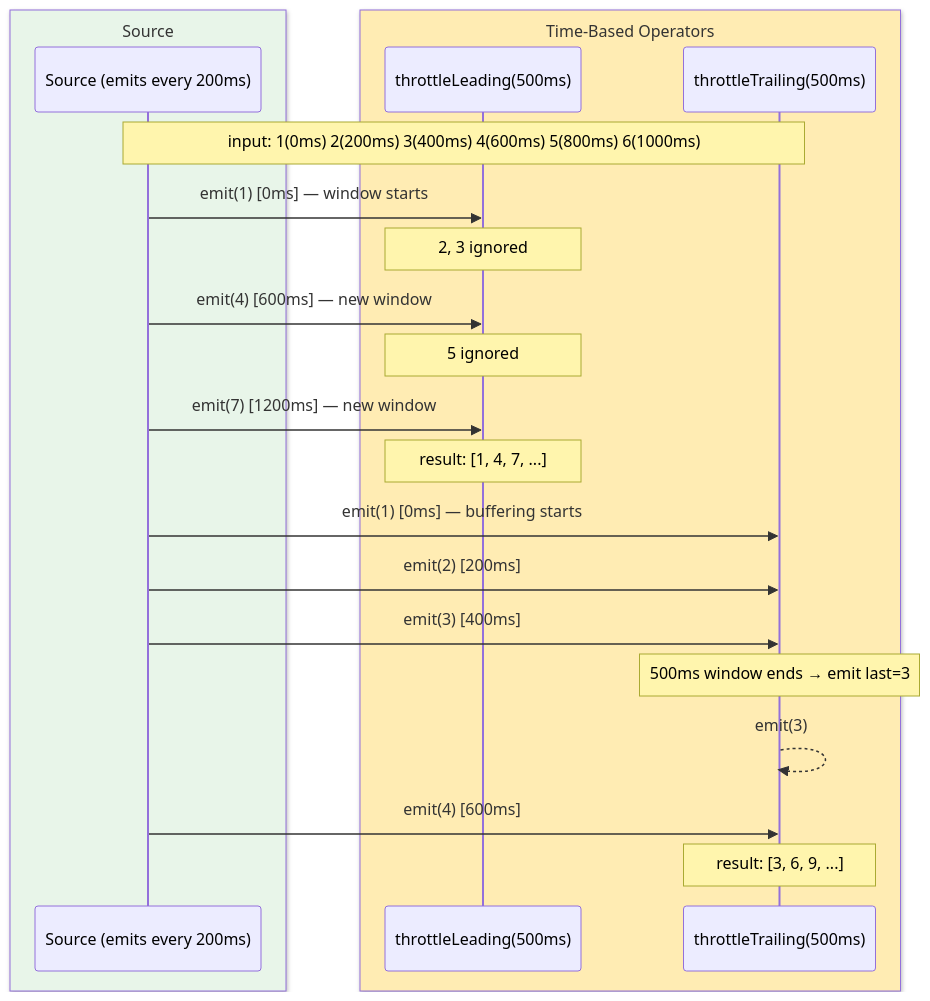
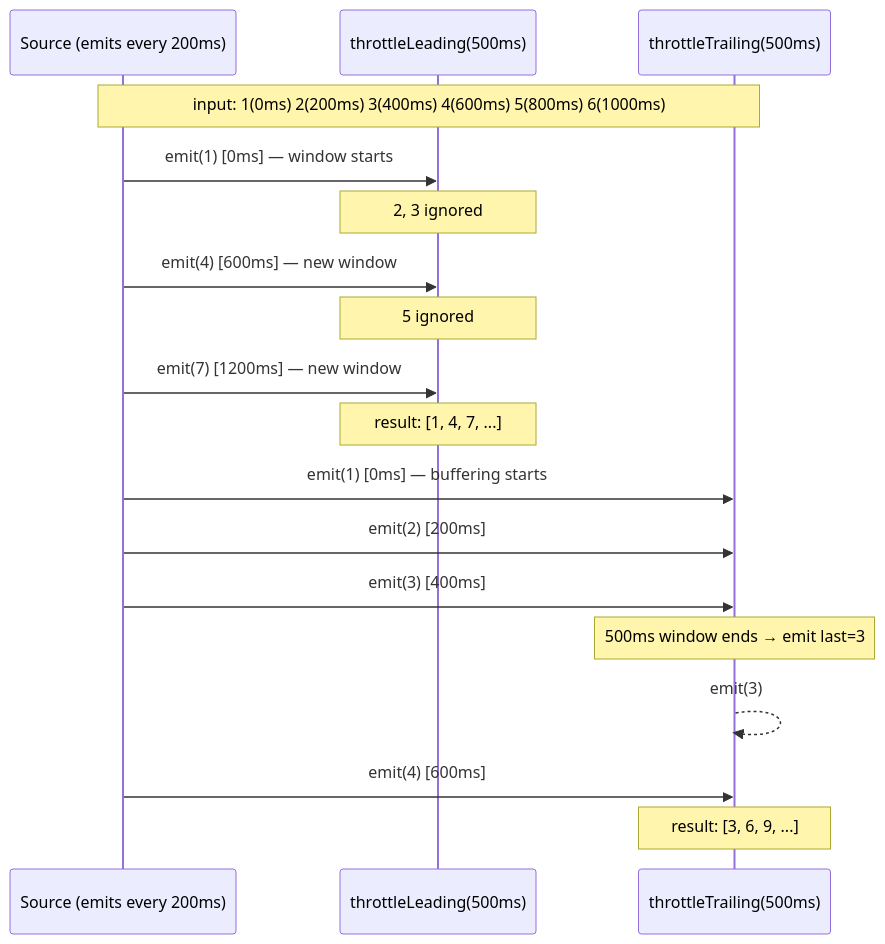
Before and after one commit to bluetape4k/bluetape4k-projects: diagram 11 of 16 in bluetape4k/coroutines/README.md, drawn with Mermaid. The commit also changed other lines of this file and 219 other files, not shown here.

First line of the commit message:
docs: 전체 README Mermaid 다이어그램 가이드 적용

````diff
--- a/bluetape4k/coroutines/README.md
+++ b/bluetape4k/coroutines/README.md
@@ -567,24 +527,20 @@
 ```mermaid
 sequenceDiagram
-    box rgb(232, 245, 233) Source
         participant S as Source (emits every 200ms)
-    end
-    box rgb(255, 236, 179) Time-Based Operators
         participant TL as throttleLeading(500ms)
         participant TT as throttleTrailing(500ms)
-    end
     Note over S, TT: input: 1(0ms) 2(200ms) 3(400ms) 4(600ms) 5(800ms) 6(1000ms)
     S ->> TL: emit(1) [0ms] — window starts
     Note over TL: 2, 3 ignored
     S ->> TL: emit(4) [600ms] — new window
     Note over TL: 5 ignored
     S ->> TL: emit(7) [1200ms] — new window
     Note over TL: result: [1, 4, 7, ...]
     S ->> TT: emit(1) [0ms] — buffering starts
     S ->> TT: emit(2) [200ms]
     S ->> TT: emit(3) [400ms]
     Note over TT: 500ms window ends → emit last=3
     TT -->> TT: emit(3)
     S ->> TT: emit(4) [600ms]
     Note over TT: result: [3, 6, 9, ...]
 ```
````
